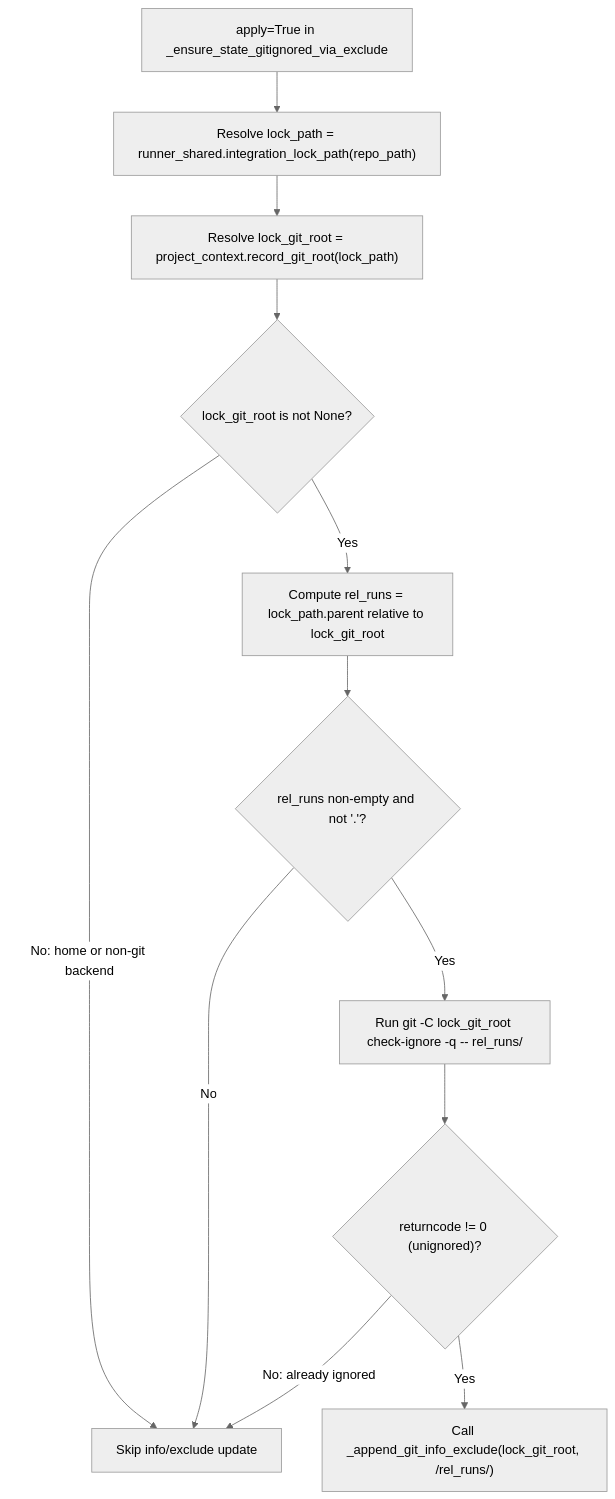
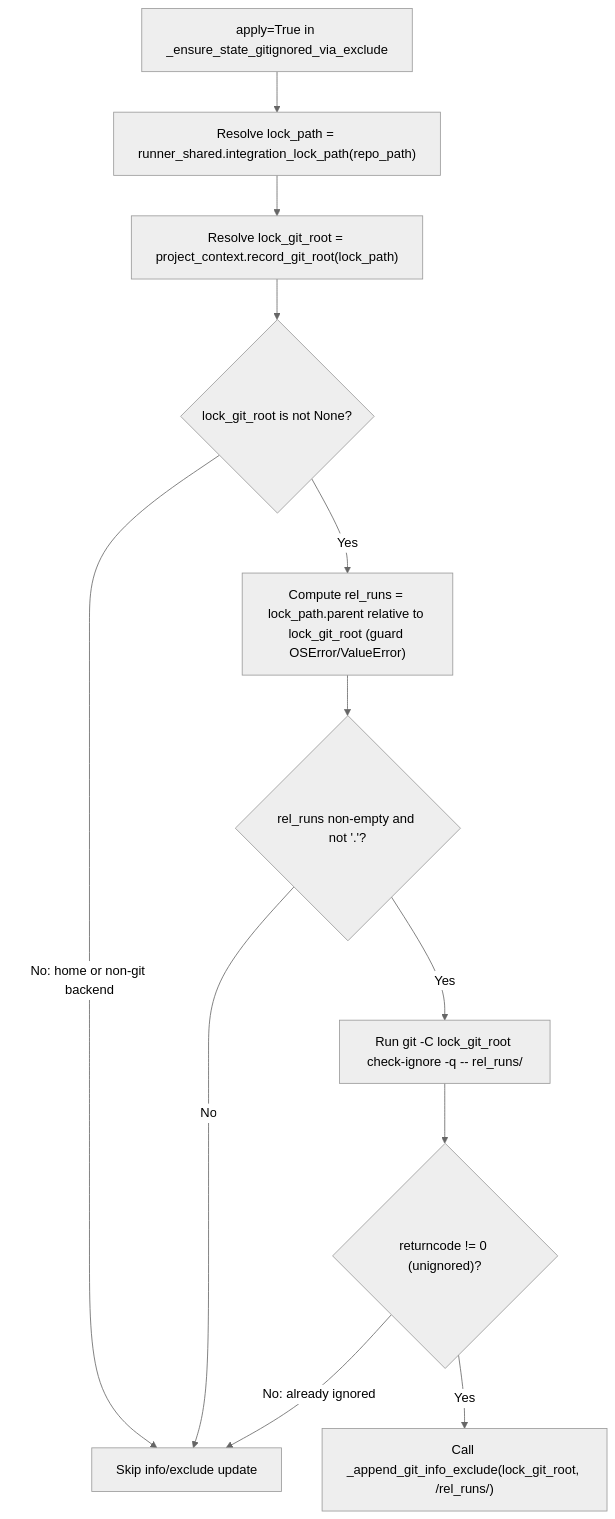
The diagram in .aw/records/plans/pending/20261119-9bg1uk-01-dvxh1p-ignore-companion-records-runs-via-git-info-exclude-in-m0001.ipd.md (fariello/agent-workflows), drawn with Mermaid (neutral theme) before and after one commit. The commit also changed other lines of this file and 1 other file, not shown here.

````diff
--- a/.aw/records/plans/pending/20261119-9bg1uk-01-dvxh1p-ignore-companion-records-runs-via-git-info-exclude-in-m0001.ipd.md
+++ b/.aw/records/plans/pending/20261119-9bg1uk-01-dvxh1p-ignore-companion-records-runs-via-git-info-exclude-in-m0001.ipd.md
@@ -80,14 +84,14 @@
 ```mermaid
 flowchart TD
     A["apply=True in _ensure_state_gitignored_via_exclude"] --> B["Resolve lock_path = runner_shared.integration_lock_path(repo_path)"]
     B --> C["Resolve lock_git_root = project_context.record_git_root(lock_path)"]
     C --> D{"lock_git_root is not None?"}
     D -->|No: home or non-git backend| Z["Skip info/exclude update"]
-    D -->|Yes| E["Compute rel_runs = lock_path.parent relative to lock_git_root"]
+    D -->|Yes| E["Compute rel_runs = lock_path.parent relative to lock_git_root (guard OSError/ValueError)"]
     E --> F{"rel_runs non-empty and not '.'?"}
     F -->|No| Z
     F -->|Yes| G["Run git -C lock_git_root check-ignore -q -- rel_runs/"]
     G --> H{"returncode != 0 (unignored)?"}
     H -->|No: already ignored| Z
     H -->|Yes| I["Call _append_git_info_exclude(lock_git_root, /rel_runs/)"]
 ```
````
